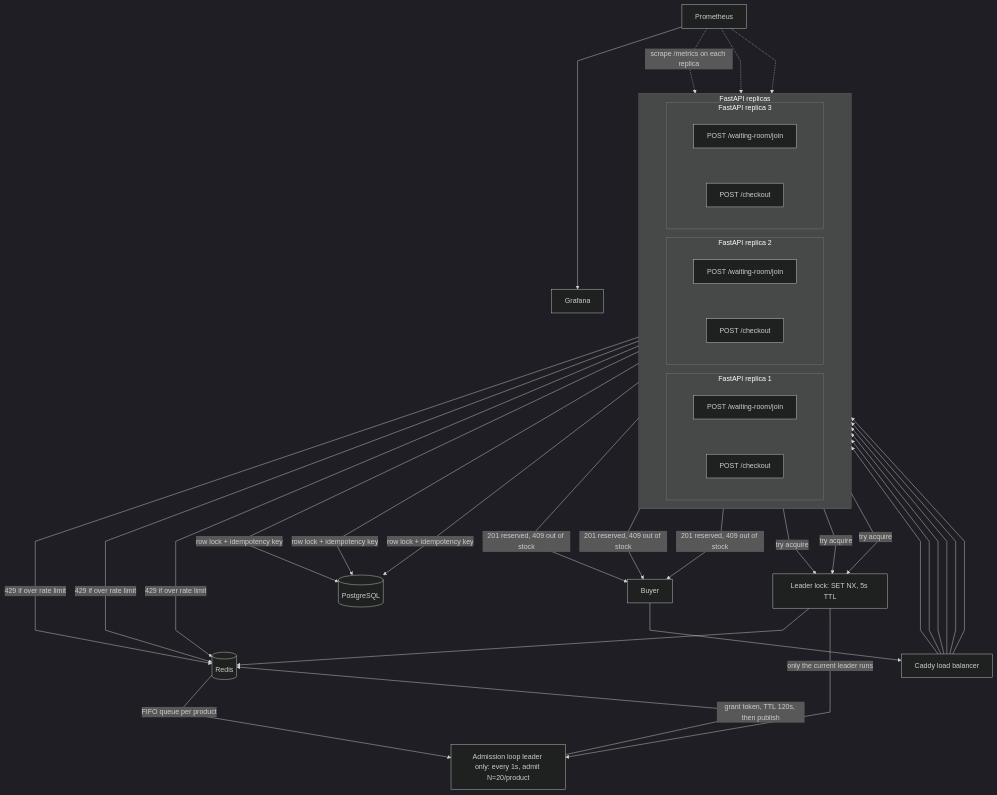
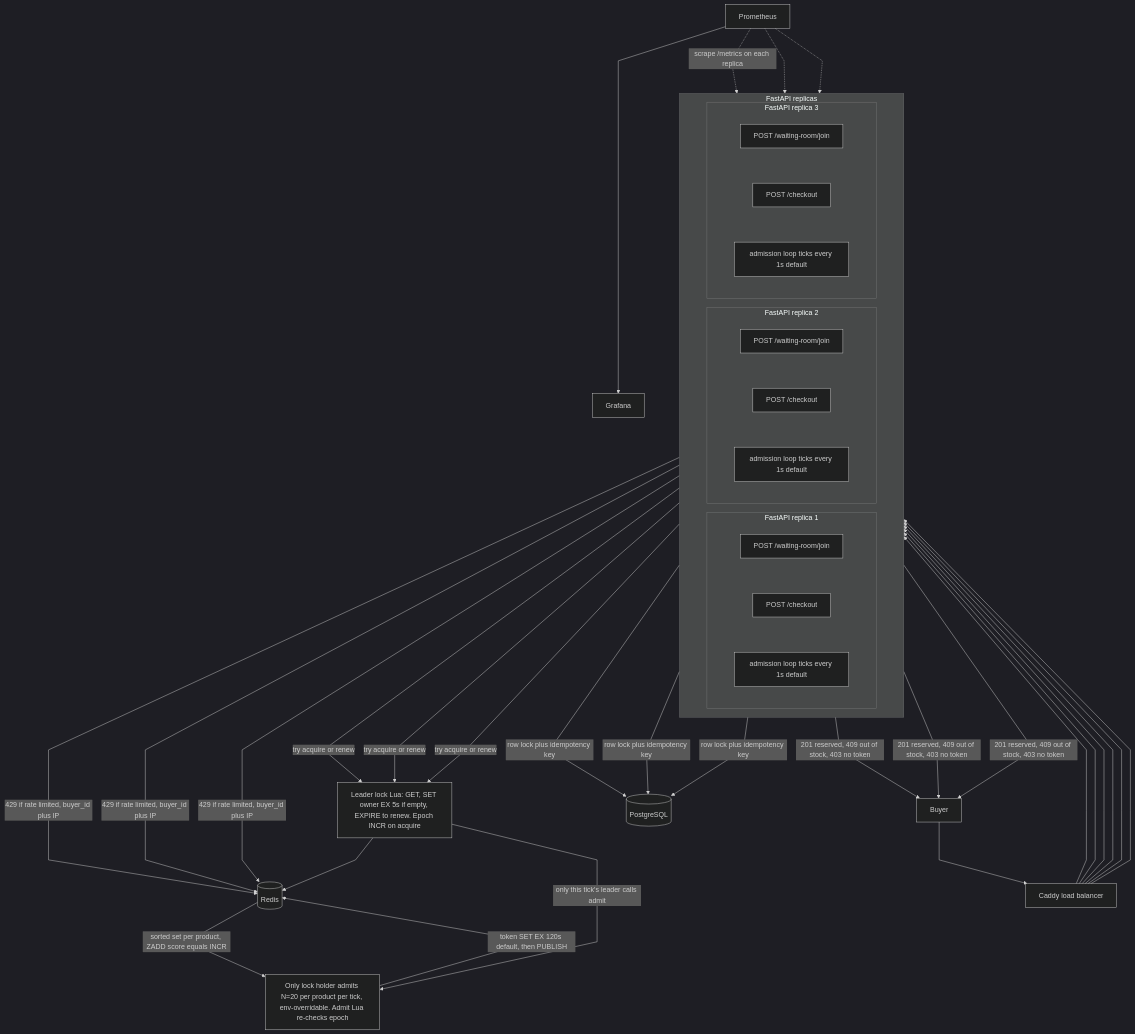
The diagram in python-service/README.md (swagatskalita092/flashbuy), drawn with Mermaid (dark theme) before and after one commit. The commit also changed other lines of this file, not shown here.

Commit message:
docs: correct architecture diagram to match actual leader-lock, admission-loop, and waiting-room implementation

````diff
--- a/python-service/README.md
+++ b/python-service/README.md
@@ -29,64 +29,67 @@
 ```mermaid
 %%{init: {"flowchart": {"nodeSpacing": 80, "rankSpacing": 100, "curve": "linear"}}}%%
 flowchart TB
   buyer[Buyer]
   caddy[Caddy load balancer]
 
   buyer --> caddy
 
   subgraph replicas [FastAPI replicas]
     direction LR
     subgraph r1 [FastAPI replica 1]
       j1["POST /waiting-room/join"]
       c1["POST /checkout"]
+      l1["admission loop ticks every 1s default"]
     end
     subgraph r2 [FastAPI replica 2]
       j2["POST /waiting-room/join"]
       c2["POST /checkout"]
+      l2["admission loop ticks every 1s default"]
     end
     subgraph r3 [FastAPI replica 3]
       j3["POST /waiting-room/join"]
       c3["POST /checkout"]
+      l3["admission loop ticks every 1s default"]
     end
   end
 
   caddy --> j1
   caddy --> c1
   caddy --> j2
   caddy --> c2
   caddy --> j3
   caddy --> c3
 
   redis[(Redis)]
-  lock["Leader lock: SET NX, 5s TTL"]
-  admit["Admission loop leader only: every 1s, admit N=20/product"]
+  lock["Leader lock Lua: GET, SET owner EX 5s if empty, EXPIRE to renew. Epoch INCR on acquire"]
+  admit["Only lock holder admits N=20 per product per tick, env-overridable. Admit Lua re-checks epoch"]
   pg[(PostgreSQL)]
   prom[Prometheus]
   graf[Grafana]
 
-  j1 -->|"429 if over rate limit"| redis
-  j2 -->|"429 if over rate limit"| redis
-  j3 -->|"429 if over rate limit"| redis
+  j1 -->|"429 if rate limited, buyer_id plus IP"| redis
+  j2 -->|"429 if rate limited, buyer_id plus IP"| redis
+  j3 -->|"429 if rate limited, buyer_id plus IP"| redis
 
-  r1 -->|"try acquire"| lock
-  r2 -->|"try acquire"| lock
-  r3 -->|"try acquire"| lock
+  l1 -->|"try acquire or renew"| lock
+  l2 -->|"try acquire or renew"| lock
+  l3 -->|"try acquire or renew"| lock
   lock --> redis
 
-  redis -->|"FIFO queue per product"| admit
-  lock -->|"only the current leader runs"| admit
-  admit -->|"grant token, TTL 120s, then publish"| redis
+  redis -->|"sorted set per product, ZADD score equals INCR"| admit
+  lock -->|"only this tick's leader calls admit"| admit
+  admit -->|"token SET EX 120s default, then PUBLISH"| redis
 
-  c1 -->|"row lock + idempotency key"| pg
-  c2 -->|"row lock + idempotency key"| pg
-  c3 -->|"row lock + idempotency key"| pg
+  c1 -->|"row lock plus idempotency key"| pg
+  c2 -->|"row lock plus idempotency key"| pg
+  c3 -->|"row lock plus idempotency key"| pg
 
-  c1 -->|"201 reserved, 409 out of stock"| buyer
-  c2 -->|"201 reserved, 409 out of stock"| buyer
-  c3 -->|"201 reserved, 409 out of stock"| buyer
+  c1 -->|"201 reserved, 409 out of stock, 403 no token"| buyer
+  c2 -->|"201 reserved, 409 out of stock, 403 no token"| buyer
+  c3 -->|"201 reserved, 409 out of stock, 403 no token"| buyer
 
   prom -.->|"scrape /metrics on each replica"| r1
   prom -.-> r2
   prom -.-> r3
   prom --> graf
 ```
````
